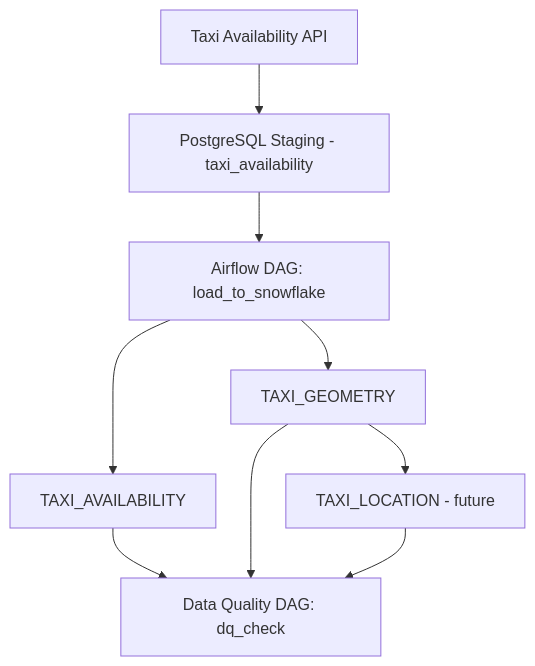
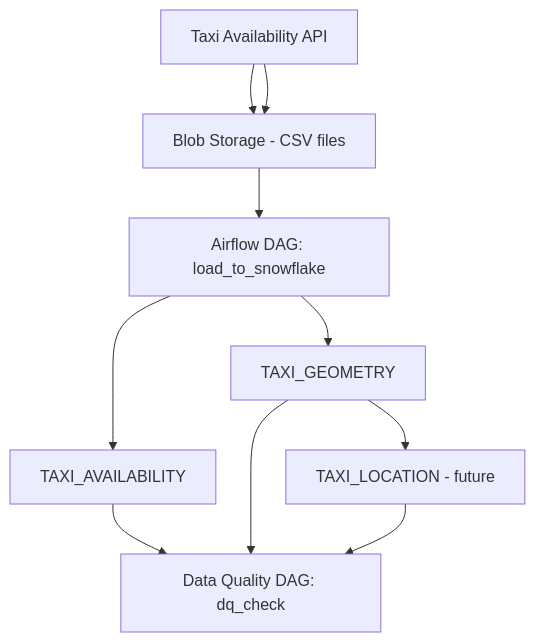
Before and after one commit to rramadhani015/taxi-availability: the diagram in README.md, drawn with Mermaid. The commit also changed other lines of this file, not shown here.

````diff
--- a/README.md
+++ b/README.md
@@ -52,11 +52,12 @@
 ```mermaid
 graph TD
     A[Taxi Availability API] --> B[PostgreSQL Staging - taxi_availability]
+    A[Taxi Availability API] --> B[Blob Storage - CSV files]
     B --> C[Airflow DAG: load_to_snowflake]
     C --> D[TAXI_AVAILABILITY]
     C --> E[TAXI_GEOMETRY]
     E --> F[TAXI_LOCATION - future]
     D --> G[Data Quality DAG: dq_check]
     E --> G
     F --> G
 ```
````
